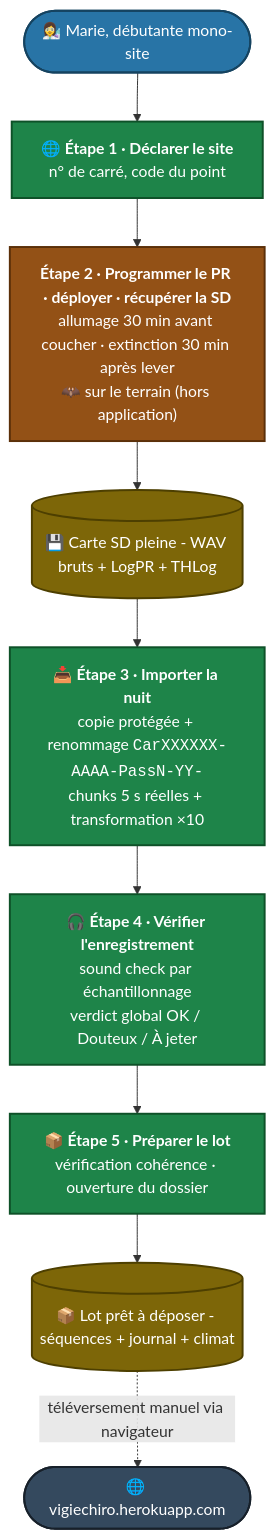
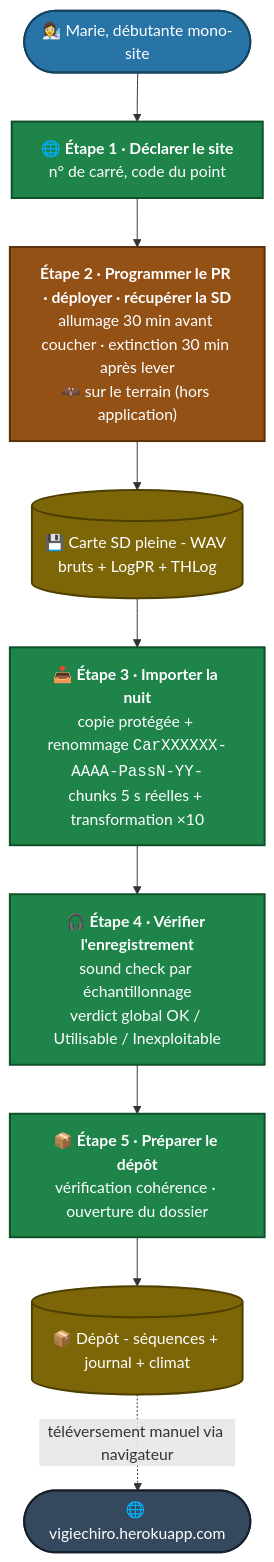
Before and after one commit to echonuit/vigiechiro-pr-companion: the diagram in brief/docs/Analyse et conception/Parcours utilisateurs/P0 - plein écran.md, drawn with Mermaid. The commit also changed other lines of this file and 27 other files, not shown here.

First line of the commit message:
docs(conception) : réécrire le brief pour le nouveau modèle de verdict + purger « lot » (#37)

````diff
--- a/brief/docs/Analyse et conception/Parcours utilisateurs/P0 - plein écran.md
+++ b/brief/docs/Analyse et conception/Parcours utilisateurs/P0 - plein écran.md
@@ -31,32 +31,32 @@
 ```mermaid
 %%{init: {"themeCSS": ".nodeLabel, .nodeLabel p, .nodeLabel span { color: #fff !important; fill: #fff !important; }"}}%%
 flowchart TB
     Marie(["👩‍🔬 Marie, débutante mono-site"])
     Marie --> S1
     S1["🌐 <b>Étape 1 · Déclarer le site</b><br/>n° de carré, code du point"]
     S1 --> S2
     S2["<b>Étape 2 · Programmer le PR · déployer · récupérer la SD</b><br/>allumage 30 min avant coucher · extinction 30 min après lever<br/>🦇 sur le terrain (hors application)"]
     S2 --> SD
     SD[("💾 Carte SD pleine - WAV bruts + LogPR + THLog")]
     SD --> S3
     S3["📥 <b>Étape 3 · Importer la nuit</b><br/>copie protégée + renommage <code>CarXXXXXX-AAAA-PassN-YY-</code><br/>chunks 5 s réelles + transformation ×10"]
     S3 --> S4
-    S4["🎧 <b>Étape 4 · Vérifier l'enregistrement</b><br/>sound check par échantillonnage<br/>verdict global OK / Douteux / À jeter"]
+    S4["🎧 <b>Étape 4 · Vérifier l'enregistrement</b><br/>sound check par échantillonnage<br/>verdict global OK / Utilisable / Inexploitable"]
     S4 --> S5
-    S5["📦 <b>Étape 5 · Préparer le lot</b><br/>vérification cohérence · ouverture du dossier"]
+    S5["📦 <b>Étape 5 · Préparer le dépôt</b><br/>vérification cohérence · ouverture du dossier"]
     S5 --> Lot
-    Lot[("📦 Lot prêt à déposer - séquences + journal + climat")]
+    Lot[("📦 Dépôt - séquences + journal + climat")]
     Lot -.téléversement manuel via navigateur.-> VC
     VC(["🌐 vigiechiro.herokuapp.com"])
 
     classDef step fill:#1e8449,stroke:#0e5128,color:#fff,stroke-width:2px
     classDef offapp fill:#935116,stroke:#5b3009,color:#fff,stroke-width:2px
     classDef artifact fill:#7d6608,stroke:#4d3f00,color:#fff,stroke-width:2px
     classDef ext fill:#34495e,stroke:#17202a,color:#fff,stroke-width:2px
     classDef actor fill:#2874a6,stroke:#154360,color:#fff,stroke-width:2px
     class S1,S3,S4,S5 step
     class S2 offapp
     class SD,Lot artifact
     class VC ext
     class Marie actor
 ```
````
